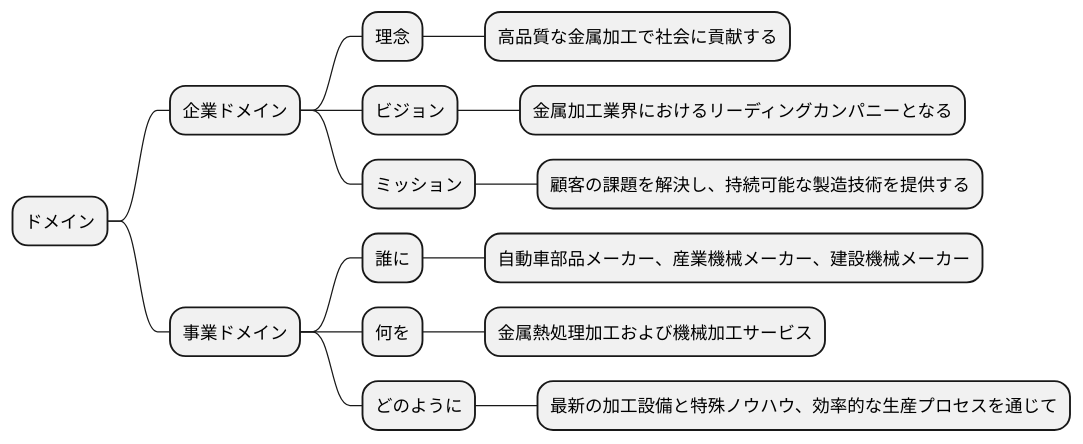
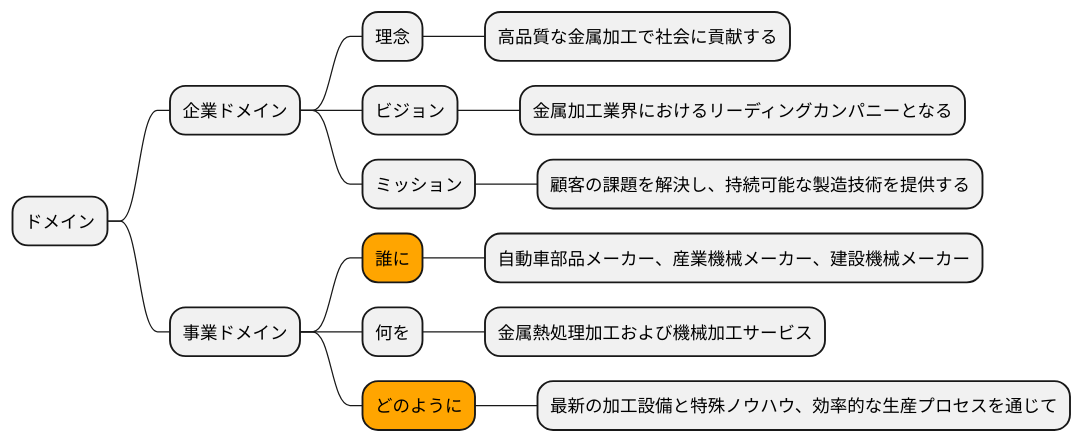
The fifth of 16 diagrams in docs/case/r01_case_3.adoc (k2works/case-sutudy-business-analysis), drawn with PlantUML before and after one commit. The commit also changed other lines of this file, not shown here.

```diff
--- a/docs/case/r01_case_3.adoc
+++ b/docs/case/r01_case_3.adoc
@@ -213,22 +213,22 @@
 [plantuml]
 ----
 @startmindmap
 
 * ドメイン
 ** 企業ドメイン
 *** 理念
 **** 高品質な金属加工で社会に貢献する
 *** ビジョン
 **** 金属加工業界におけるリーディングカンパニーとなる
 *** ミッション
 **** 顧客の課題を解決し、持続可能な製造技術を提供する
 ** 事業ドメイン
-*** 誰に
+***[#orange] 誰に
 **** 自動車部品メーカー、産業機械メーカー、建設機械メーカー
 *** 何を
 **** 金属熱処理加工および機械加工サービス
-*** どのように
+***[#orange] どのように
 **** 最新の加工設備と特殊ノウハウ、効率的な生産プロセスを通じて
 
 @endmindmap
 ----
```
